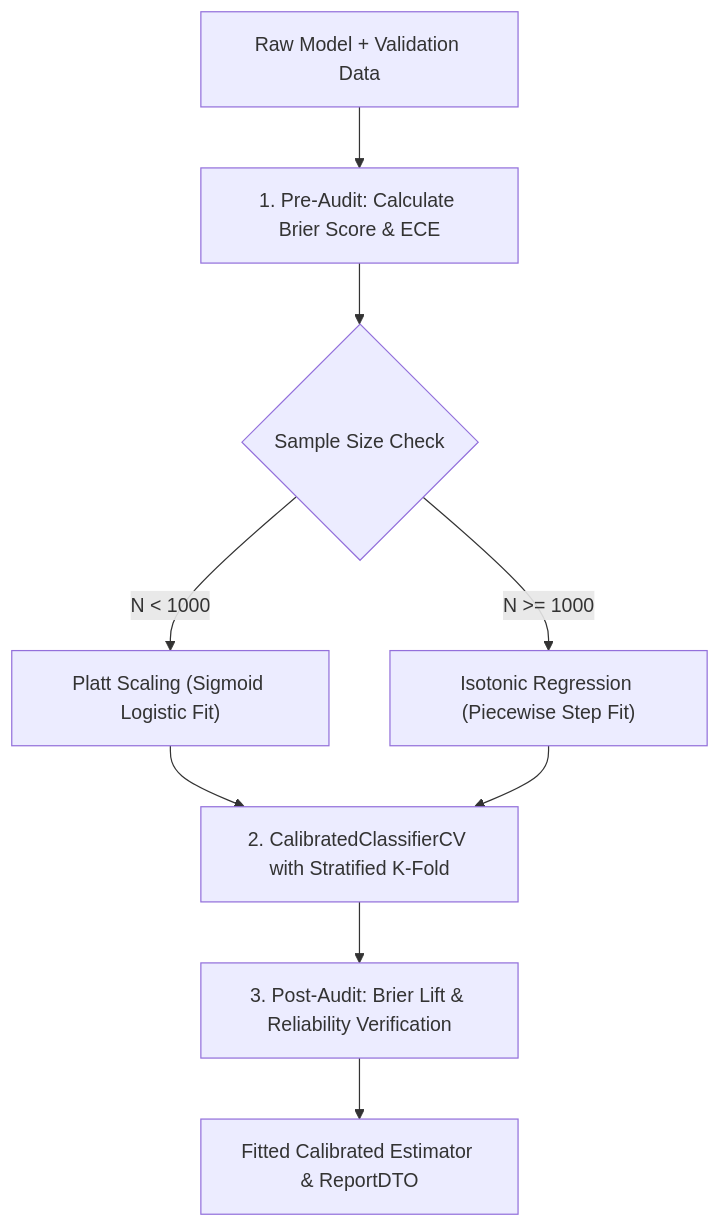
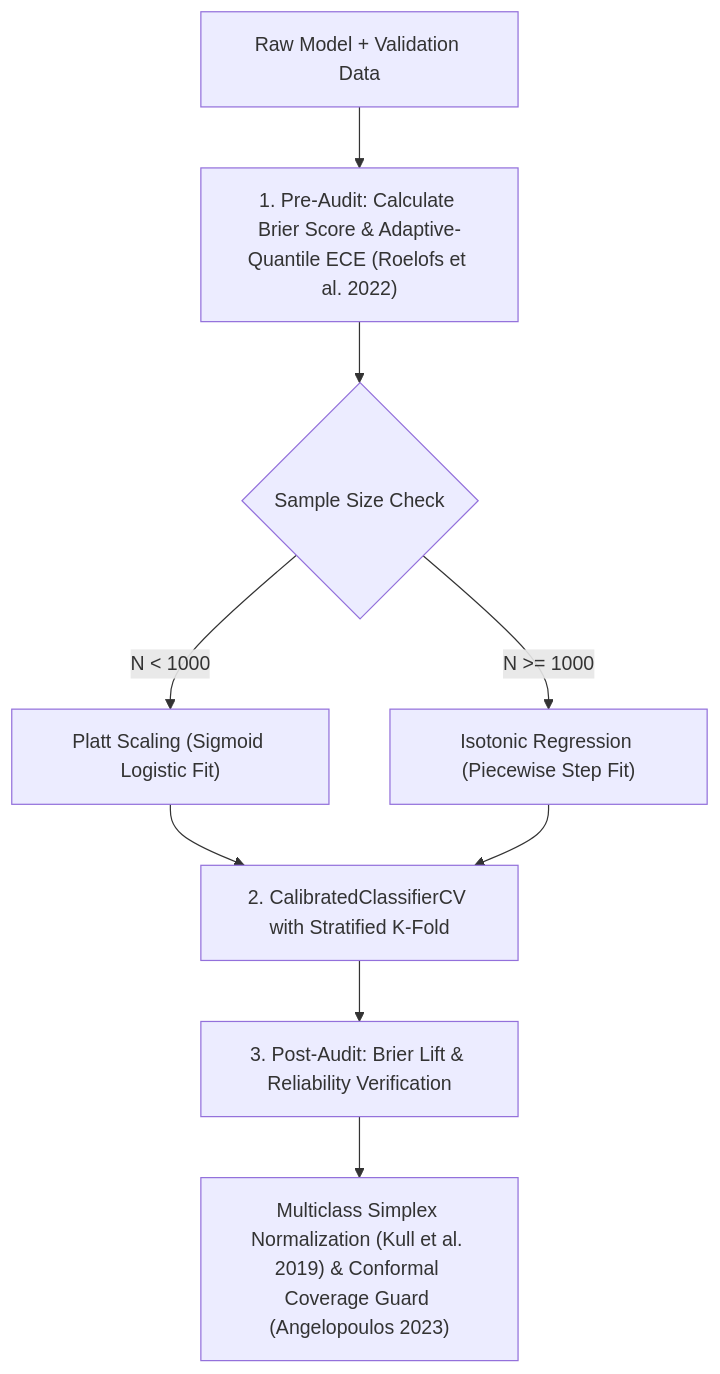
The second of 2 diagrams in docs/tools/ml_calibrate_probabilities.md (sadik004/ml-mcp), drawn with Mermaid before and after one commit. The commit also changed 11 other files, not shown here.

````diff
--- a/docs/tools/ml_calibrate_probabilities.md
+++ b/docs/tools/ml_calibrate_probabilities.md
@@ -76,11 +76,11 @@
 ```mermaid
 flowchart TD
-    A["Raw Model + Validation Data"] --> B["1. Pre-Audit: Calculate Brier Score & ECE"]
+    A["Raw Model + Validation Data"] --> B["1. Pre-Audit: Calculate Brier Score & Adaptive-Quantile ECE (Roelofs et al. 2022)"]
     B --> C{"Sample Size Check"}
     C -->|N < 1000| D["Platt Scaling (Sigmoid Logistic Fit)"]
     C -->|N >= 1000| E["Isotonic Regression (Piecewise Step Fit)"]
     D --> F["2. CalibratedClassifierCV with Stratified K-Fold"]
     E --> F
     F --> G["3. Post-Audit: Brier Lift & Reliability Verification"]
-    G --> H["Fitted Calibrated Estimator & ReportDTO"]
+    G --> H["Multiclass Simplex Normalization (Kull et al. 2019) & Conformal Coverage Guard (Angelopoulos 2023)"]
 ```
````
